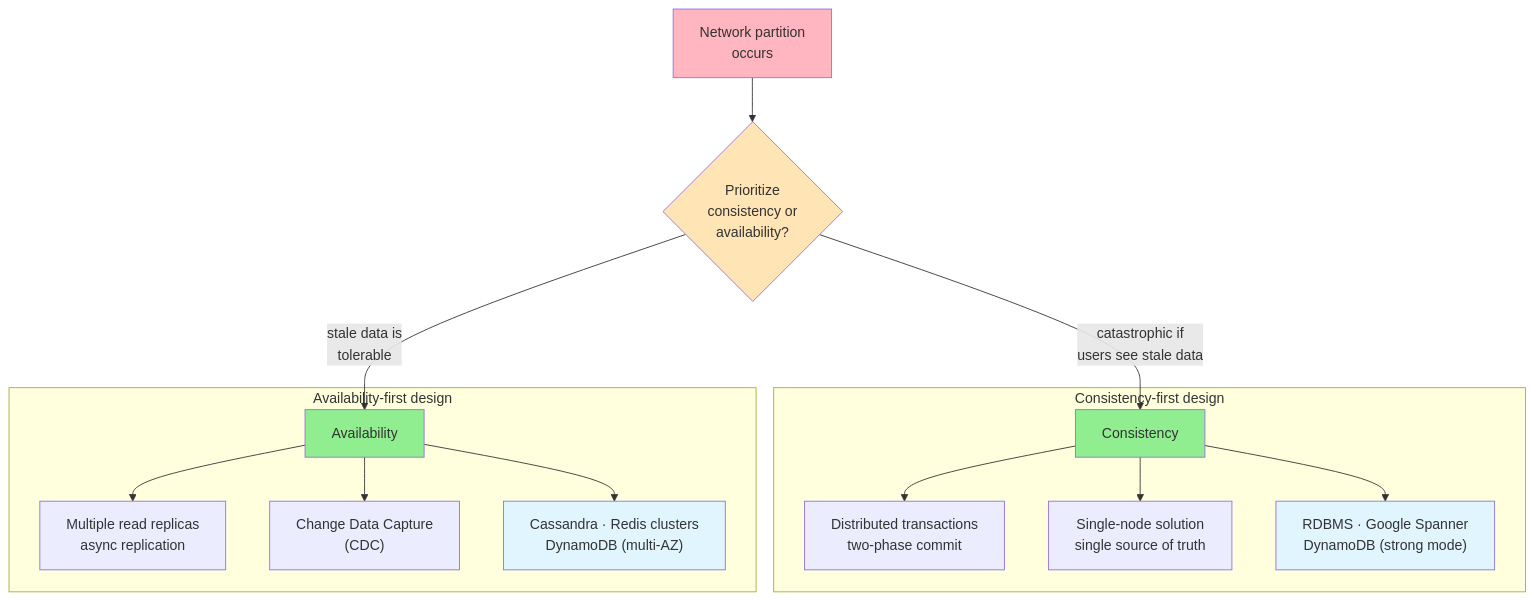
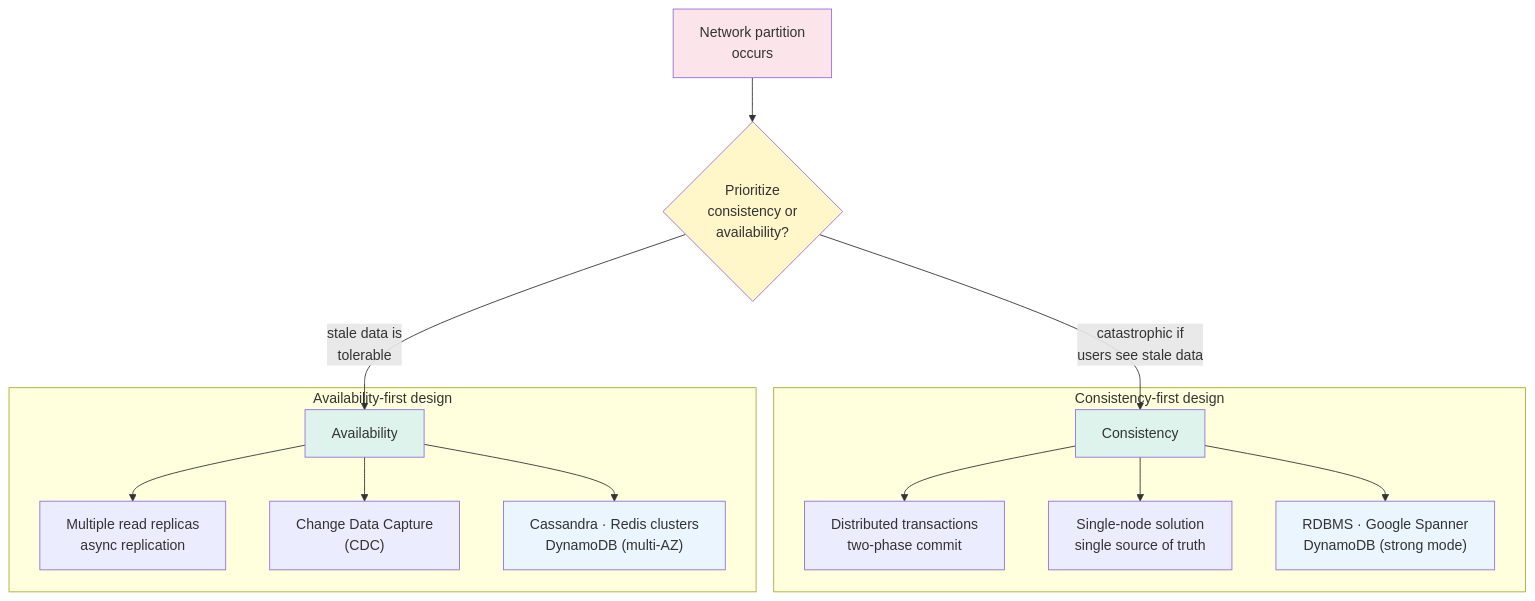
One commit to cartmancodes/InterviewVault changed the first of 2 diagrams in LLD/SystemDesign/CoreConcepts/CapTheorem.md. Above: the diagram before and after it, drawn with Mermaid. The commit also changed other lines of this file and 679 other files, not shown here.

Commit message:
Unify content diagrams and add accessible visual walkthroughs

````diff
--- a/LLD/SystemDesign/CoreConcepts/CapTheorem.md
+++ b/LLD/SystemDesign/CoreConcepts/CapTheorem.md
@@ -100,25 +100,25 @@
 ```mermaid
 graph TB
     P["Network partition<br/>occurs"] --> Q{"Prioritize<br/>consistency or<br/>availability?"}
     Q -->|"catastrophic if<br/>users see stale data"| C["Consistency"]
     Q -->|"stale data is<br/>tolerable"| A["Availability"]
 
     subgraph "Consistency-first design"
         C --> C1["Distributed transactions<br/>two-phase commit"]
         C --> C2["Single-node solution<br/>single source of truth"]
         C --> C3["RDBMS · Google Spanner<br/>DynamoDB (strong mode)"]
     end
 
     subgraph "Availability-first design"
         A --> A1["Multiple read replicas<br/>async replication"]
         A --> A2["Change Data Capture<br/>(CDC)"]
         A --> A3["Cassandra · Redis clusters<br/>DynamoDB (multi-AZ)"]
     end
 
-    style P fill:#FFB6C1
-    style Q fill:#FFE4B5
-    style C fill:#90EE90
-    style A fill:#90EE90
-    style C3 fill:#e1f5ff
-    style A3 fill:#e1f5ff
+    style P fill:#FCE5EA
+    style Q fill:#FFF6C9
+    style C fill:#DDF3EC
+    style A fill:#DDF3EC
+    style C3 fill:#EAF5FD
+    style A3 fill:#EAF5FD
 ```
````
